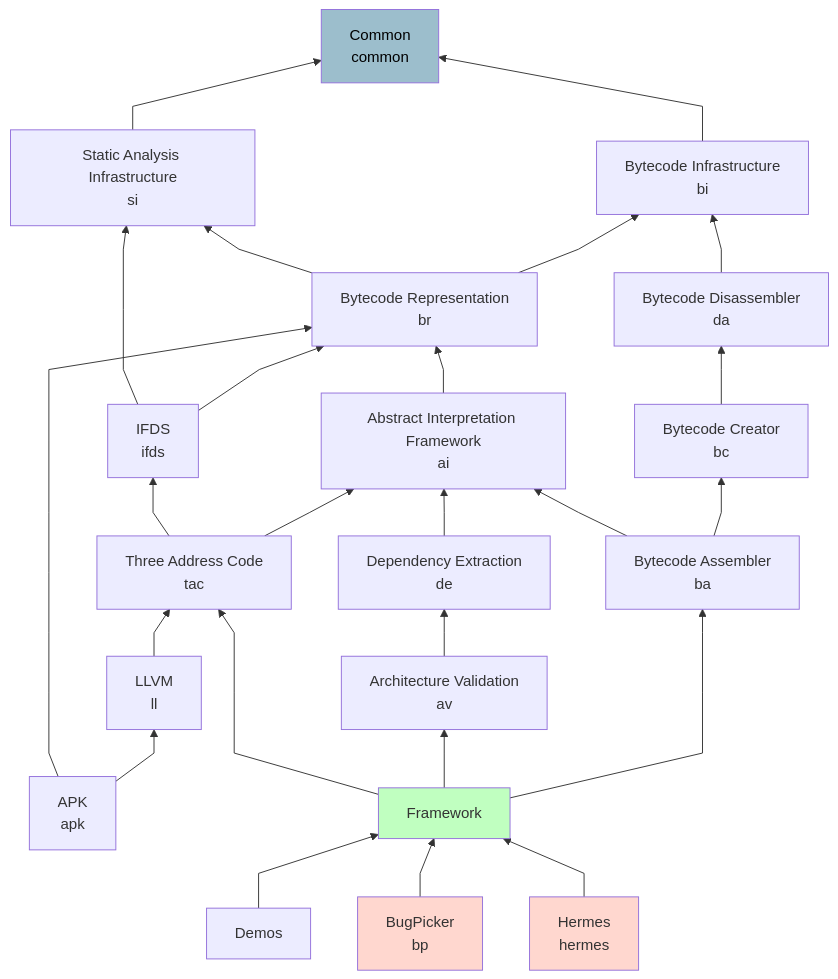
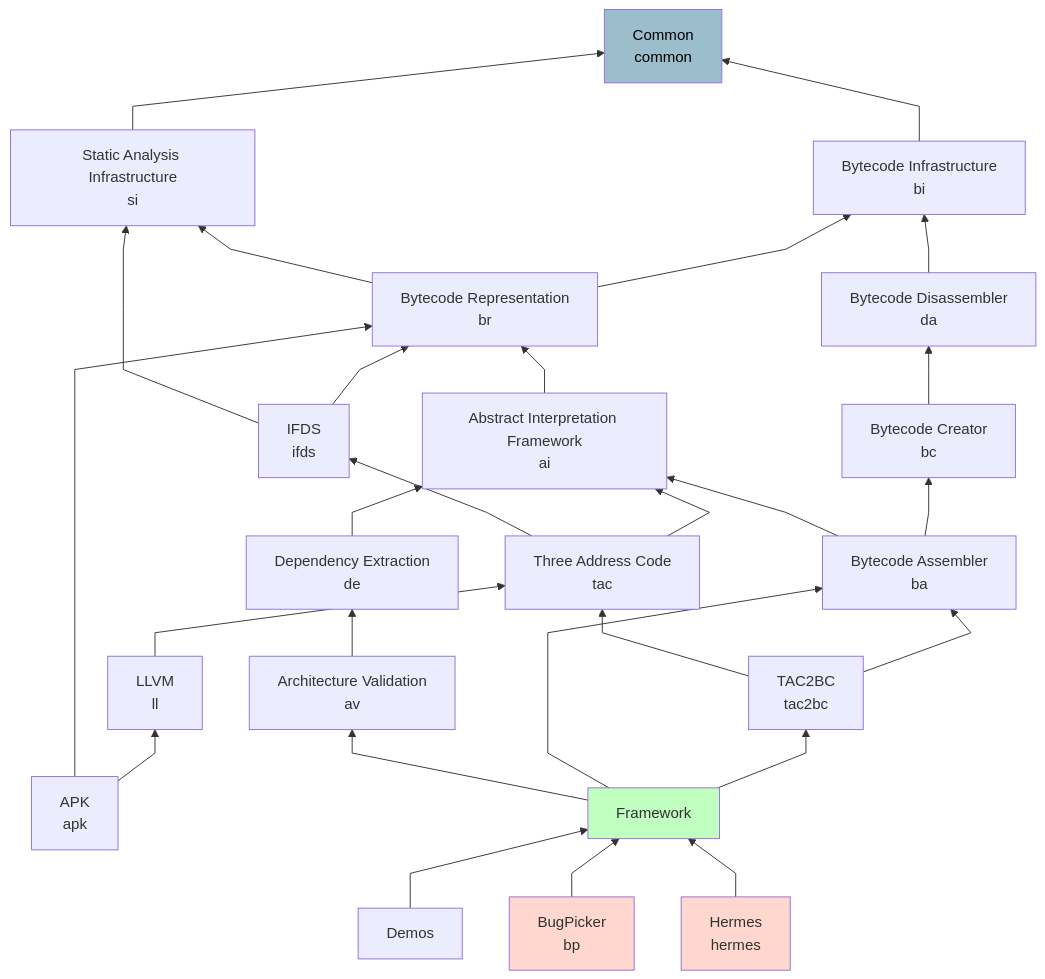
The diagram in OPAL/ProjectDependencies.mmd (opalj/opal), drawn with Mermaid before and after one commit. The commit also changed 3 other files, not shown here.

```diff
--- a/OPAL/ProjectDependencies.mmd
+++ b/OPAL/ProjectDependencies.mmd
@@ -1,70 +1,74 @@
 %%{ init: { 'flowchart': { 'curve': 'linear' } } }%%
 flowchart BT
     common[Common<br>common]
 
     si[Static Analysis Infrastructure<br>si]
     bi[Bytecode Infrastructure<br>bi]
 
     br[Bytecode Representation<br>br]
     da[Bytecode Disassembler<br>da]
 
     ifds[IFDS<br>ifds]
     ai[Abstract Interpretation Framework<br>ai]
     bc[Bytecode Creator<br>bc]
 
     tac[Three Address Code<br>tac]
     de[Dependency Extraction<br>de]
     ba[Bytecode Assembler<br>ba]
 
     ll[LLVM<br>ll]
     apk[APK<br>apk]
     av[Architecture Validation<br>av]
+    tac2bc[TAC2BC<br>tac2bc]
 
     framework[Framework]
 
     demos[Demos]
     bp[BugPicker<br>bp]
     hermes[Hermes<br>hermes]
 
     style common fill:#9cbecc,color:black
     style framework fill:#c0ffc0
     style bp fill:#ffd7cf
     style hermes fill:#ffd7cf
 
     si --> common
 
     bi --> common
 
     br --> si
     br --> bi
     da --> bi
 
     ifds --> si
     ifds --> br
 
     ai --> br
 
     bc --> da
 
     de --> ai
 
     tac --> ifds
     tac --> ai
 
     ll --> tac
 
+    tac2bc --> tac
+    tac2bc --> ba
+
     apk --> br
     apk --> ll
 
     ba --> ai
     ba --> bc
 
     av --> de
 
-    framework --> tac
     framework --> av
     framework --> ba
+    framework --> tac2bc
     
     demos --> framework
     bp --> framework
     hermes --> framework
```
